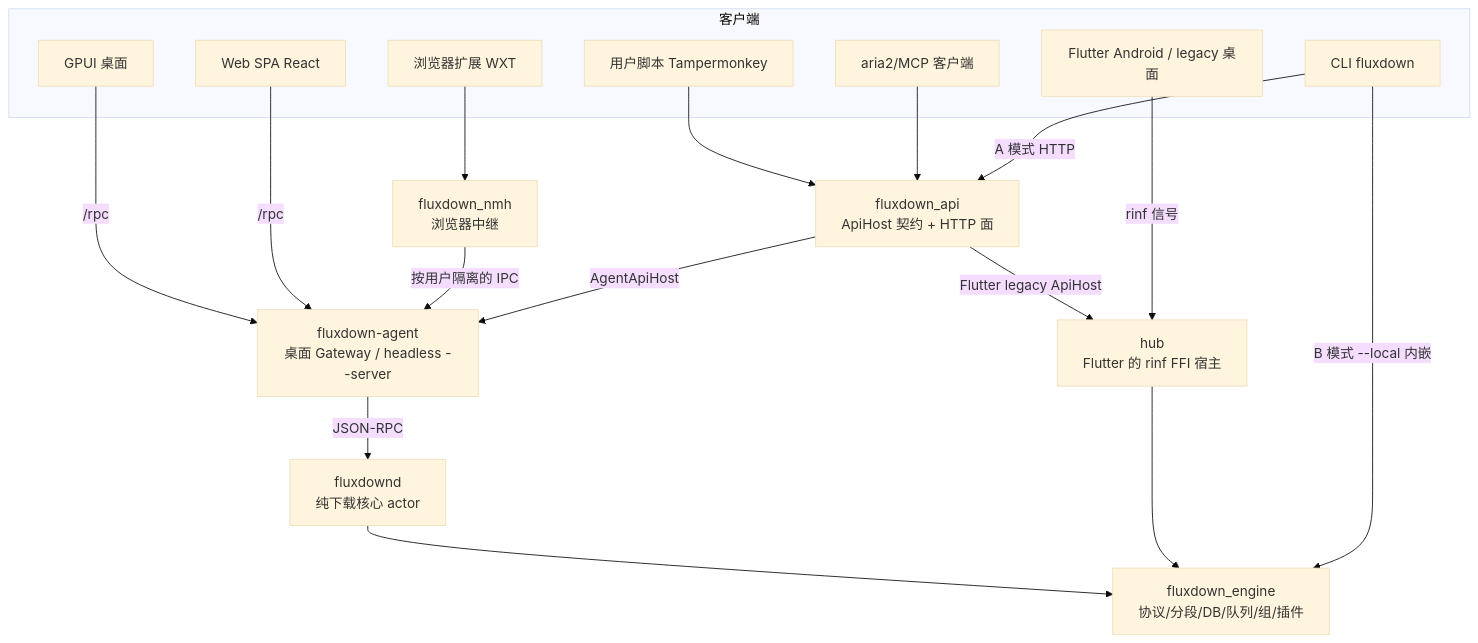
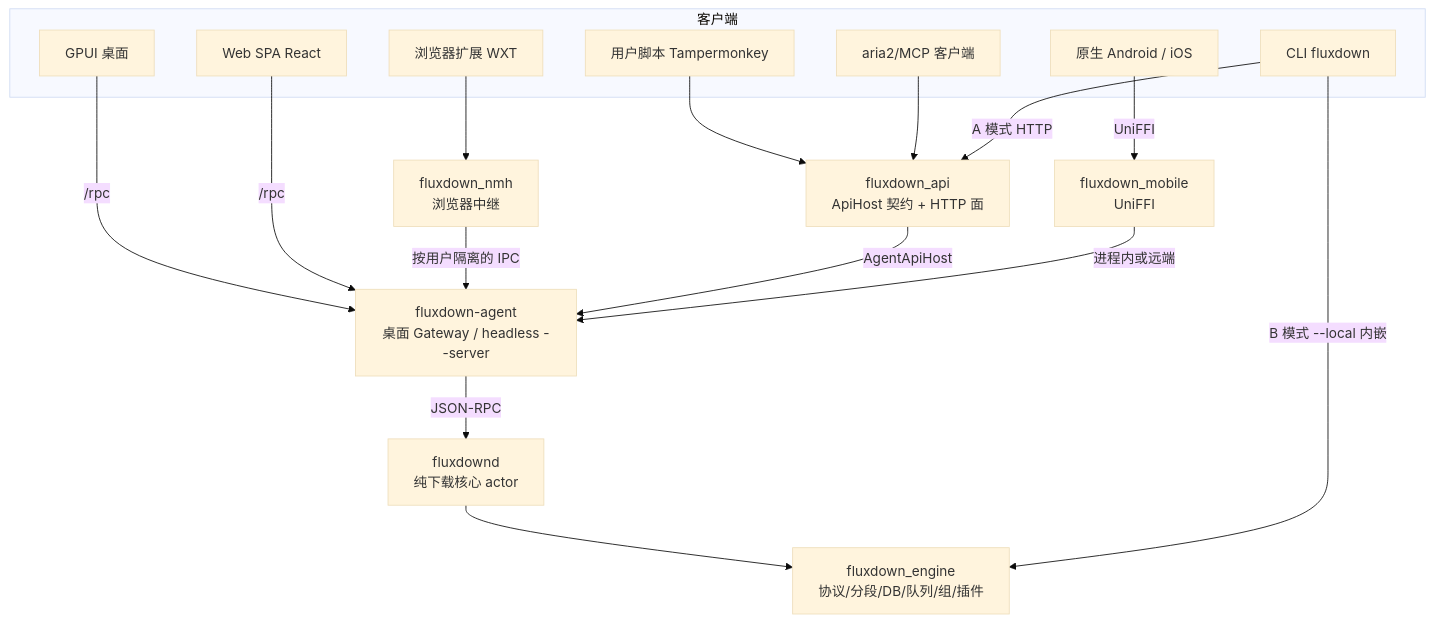
One commit to evg1394/FluxDown changed the first of 2 diagrams in .omp/knowledge/README.md. Above: the diagram before and after it, drawn with Mermaid (base theme). The commit also changed other lines of this file and 638 other files, not shown here.

````diff
--- a/.omp/knowledge/README.md
+++ b/.omp/knowledge/README.md
@@ -42,32 +42,31 @@
 ```mermaid
 flowchart TB
   subgraph clients[客户端]
     gpui[GPUI 桌面]
-    flutter[Flutter Android / legacy 桌面]
+    mobile[原生 Android / iOS]
     ext[浏览器扩展 WXT]
     us[用户脚本 Tampermonkey]
     web[Web SPA React]
     cli[CLI fluxdown]
     aria[aria2/MCP 客户端]
   end
   api[fluxdown_api<br/>ApiHost 契约 + HTTP 面]
   nmh[fluxdown_nmh<br/>浏览器中继]
   agent[fluxdown-agent<br/>桌面 Gateway / headless --server]
   daemon[fluxdownd<br/>纯下载核心 actor]
-  hub[hub<br/>Flutter 的 rinf FFI 宿主]
+  mobilecore[fluxdown_mobile<br/>UniFFI]
   eng[fluxdown_engine<br/>协议/分段/DB/队列/组/插件]
   gpui -->|/rpc| agent
   web -->|/rpc| agent
   ext --> nmh
   nmh -->|按用户隔离的 IPC| agent
   us --> api
   aria --> api
   api -->|AgentApiHost| agent
-  api -->|Flutter legacy ApiHost| hub
   agent -->|JSON-RPC| daemon
   daemon --> eng
-  flutter -->|rinf 信号| hub
-  hub --> eng
+  mobile -->|UniFFI| mobilecore
+  mobilecore -->|进程内或远端| agent
   cli -->|A 模式 HTTP| api
   cli -->|B 模式 --local 内嵌| eng
 ```
````
